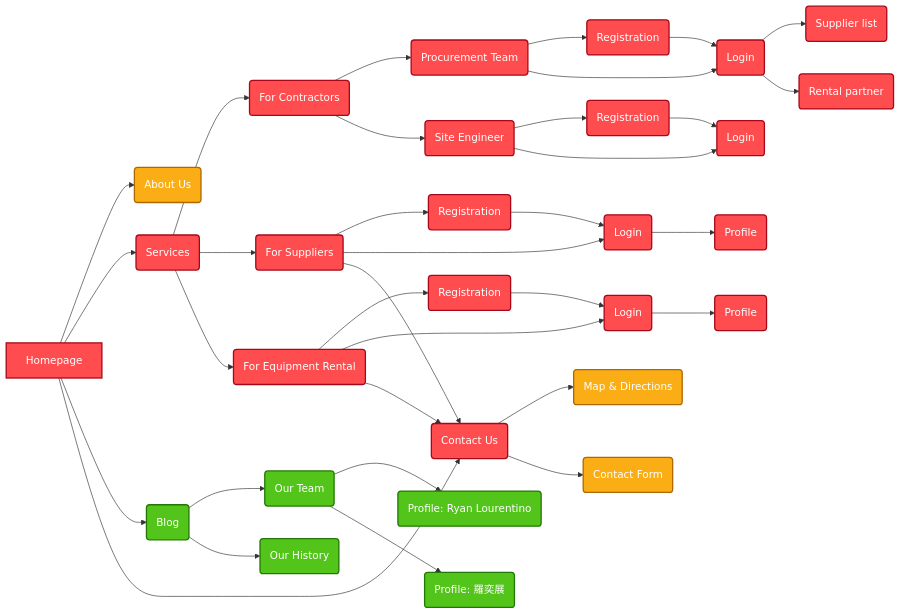
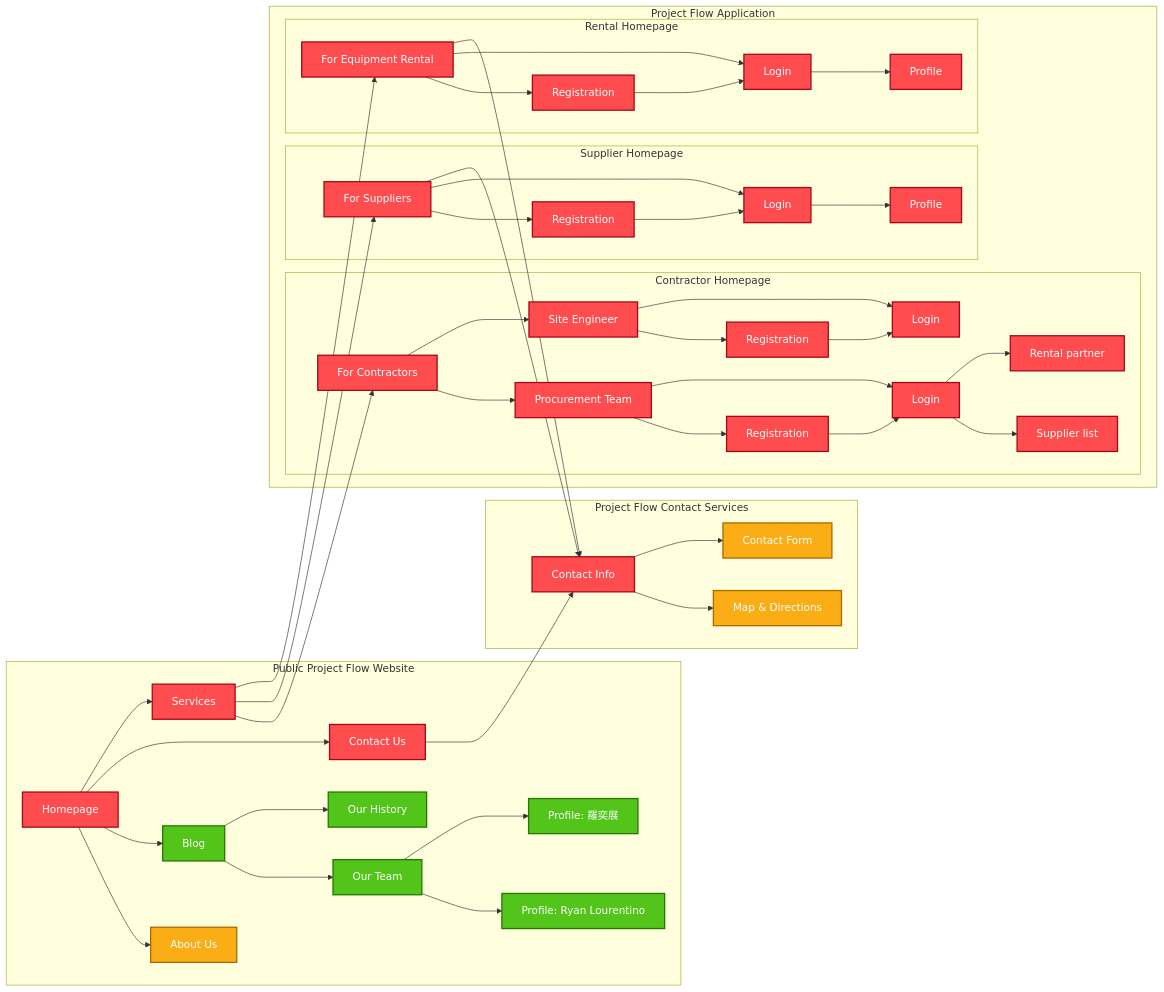
One commit to ryanlourentino/project-flow changed the diagram in README.md. Above: the diagram before and after it, drawn with Mermaid.

````diff
--- a/README.md
+++ b/README.md
@@ -19,57 +19,75 @@
 ```mermaid 
 graph LR
 
 	classDef high fill:#ff4d4f,stroke:#a8071a,stroke-width:2px,color:#ffffff;
 	classDef medium fill:#faad14,stroke:#ad6800,stroke-width:2px,color:#ffffff;
 	classDef low fill:#52c41a,stroke:#237804,stroke-width:2px,color:#ffffff;
 
+	%% Public Project Flow Website
+    subgraph Public["Public Project Flow Website"]
+        A[Homepage] --> B["About Us"]
+        A --> C["Blog"]
 
-	A[Homepage] --> B(About Us)
-	A --> E(Services)
-	A --> C(Blog)
-	A --> D(Contact Us)
+        C --> C1["Our Team"]
+        C --> C2["Our History"]
 
-	C --> C1(Our Team)
-	C --> C2(Our History)
+        C1 --> CA1["Profile: Ryan Lourentino"]
+        C1 --> CA2["Profile: 羅奕展"]
 
-	C1 --> CA1(Profile: Ryan Lourentino)
-	C1 --> CA2(Profile: 羅奕展)
+        A --> D["Contact Us"]
+		
+        A --> E["Services"]
+    end
 
-	E --> Co1(For Contractors)
-	E --> Sup1(For Suppliers)
-	E --> ER1(For Equipment Rental)
+    %% Customer Contact Services
+    subgraph Contact["Project Flow Contact Services"]
+		D --> D1["Contact Info"]
+        D1 --> D2["Map & Directions"]
+        D1 --> D3["Contact Form"]
+    end
 
-	Co1 --> Pro1(Procurement Team)
-	Co1 --> SE1(Site Engineer)
+    %% Project Flow Application
+    subgraph App["Project Flow Application"]
+        E --> Co1["For Contractors"]
+        E --> Sup1["For Suppliers"]
+        E --> ER1["For Equipment Rental"]
 
-	Pro1 --> Pro2(Registration)
-	Pro1 --> Pro3(Login)
-	Pro2 --> Pro3
-	Pro3 --> S1(Supplier list)
-	Pro3 --> S2(Rental partner)
+        subgraph Contractors["Contractor Homepage"]
+            Co1 --> Pro1["Procurement Team"]
+            Co1 --> SE1["Site Engineer"]
 
-	SE1 --> SE2(Registration)
-	SE1 --> SE3(Login)
-	SE2 --> SE3
+            Pro1 --> Pro2["Registration"]
+            Pro1 --> Pro3["Login"]
+            Pro2 --> Pro3
+            Pro3 --> S1["Supplier list"]
+            Pro3 --> S2["Rental partner"]
 
+            SE1 --> SE2["Registration"]
+            SE1 --> SE3["Login"]
+            SE2 --> SE3
+        end
 
-	Sup1 --> Sup2(Registration)
-	Sup1 --> Sup3(Login)
-	Sup2 --> Sup3
-	Sup1 --> D
-	Sup3 --> Sup4(Profile)
+        subgraph Suppliers["Supplier Homepage"]
+            Sup1 --> Sup2["Registration"]
+            Sup1 --> Sup3["Login"]
+            Sup2 --> Sup3
+            Sup1 --> D1
+            Sup3 --> Sup4["Profile"]
+        end
 
-	ER1 --> ER2(Registration)
-	ER1 --> ER3(Login)
-	ER2 --> ER3
-	ER1 --> D
-	ER3 --> ER5(Profile)
+        subgraph Rentals["Rental Homepage"]
+            ER1 --> ER2["Registration"]
+            ER1 --> ER3["Login"]
+            ER2 --> ER3
+            ER1 --> D1
+            ER3 --> ER5["Profile"]
+        end
+    end
 
-	D --> D1(Map & Directions)
-	D --> D2(Contact Form)
+	
 
 	%%DefPriority
-	class A,D,E,Co1,Sup1,Pro1,Pro2,Pro3,SE1,SE2,SE3,Sup2,Sup3,ER1,ER2,ER3,Sup4,S2,S1,ER5 high;
-	class B,D1,D2 medium;
+	class A,D,D1,E,Co1,Sup1,Pro1,Pro2,Pro3,SE1,SE2,SE3,Sup2,Sup3,ER1,ER2,ER3,Sup4,S2,S1,ER5 high;
+	class B,D2,D3 medium;
 	class C,C1,C2,CA1,CA2 low;
 ```
````
